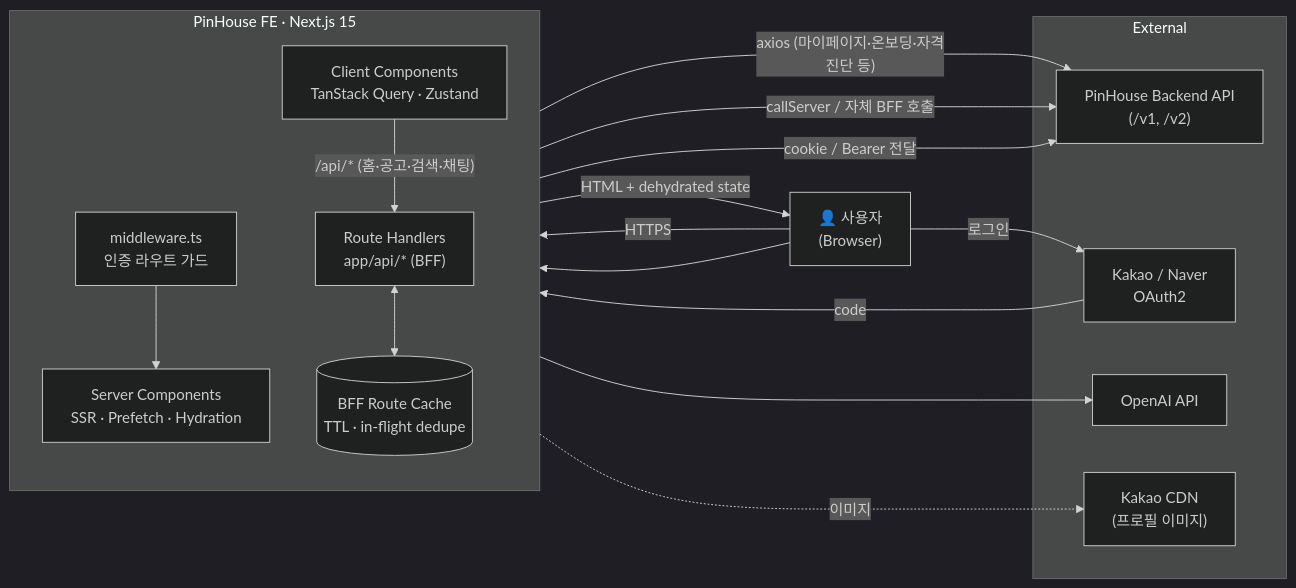
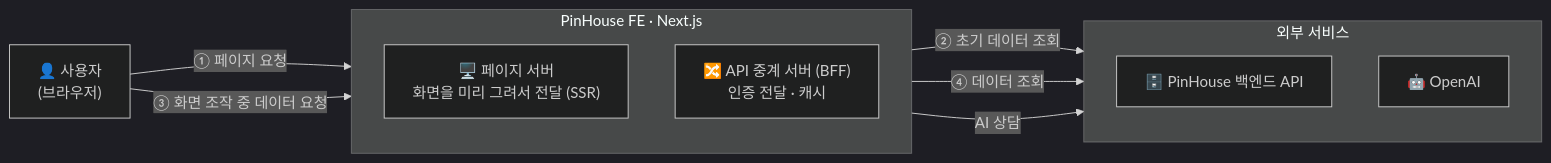
Before and after one commit to kyungchan3007/PinHouse_FE: the first of 9 diagrams in README.md, drawn with Mermaid (dark theme). The commit also changed other lines of this file, not shown here.

First line of the commit message:
2026-09-14 docs: README 시스템 구조·데이터 요청 흐름 다이어그램 단순화

````diff
--- a/README.md
+++ b/README.md
@@ -92,32 +92,22 @@
 ```mermaid
 flowchart LR
-    User["👤 사용자<br/>(Browser)"]
+    U["👤 사용자<br/>(브라우저)"]
 
-    subgraph FE["PinHouse FE · Next.js 15"]
+    subgraph FE["PinHouse FE · Next.js"]
         direction TB
-        MW["middleware.ts<br/>인증 라우트 가드"]
-        RSC["Server Components<br/>SSR · Prefetch · Hydration"]
-        CC["Client Components<br/>TanStack Query · Zustand"]
-        BFF["Route Handlers<br/>app/api/* (BFF)"]
-        CACHE[("BFF Route Cache<br/>TTL · in-flight dedupe")]
+        PAGE["🖥️ 페이지 서버<br/>화면을 미리 그려서 전달 (SSR)"]
+        BFF["🔀 API 중계 서버 (BFF)<br/>인증 전달 · 캐시"]
     end
 
-    subgraph EXT["External"]
-        API["PinHouse Backend API<br/>(/v1, /v2)"]
-        OAUTH["Kakao / Naver<br/>OAuth2"]
-        GPT["OpenAI API"]
-        CDN["Kakao CDN<br/>(프로필 이미지)"]
+    subgraph EXT["외부 서비스"]
+        direction TB
+        API["🗄️ PinHouse 백엔드 API"]
+        GPT["🤖 OpenAI"]
     end
 
-    User -->|HTTPS| MW --> RSC
-    RSC -->|HTML + dehydrated state| User
-    User --> CC
-    CC -->|"/api/* (홈·공고·검색·채팅)"| BFF
-    CC -->|"axios (마이페이지·온보딩·자격진단 등)"| API
-    RSC -->|callServer / 자체 BFF 호출| API
-    BFF <--> CACHE
-    BFF -->|cookie / Bearer 전달| API
-    BFF --> GPT
-    User -->|로그인| OAUTH -->|code| BFF
-    CC -. 이미지 .-> CDN
+    U -->|① 페이지 요청| PAGE
+    PAGE -->|② 초기 데이터 조회| API
+    U -->|③ 화면 조작 중 데이터 요청| BFF
+    BFF -->|④ 데이터 조회| API
+    BFF -->|AI 상담| GPT
 ```
````
